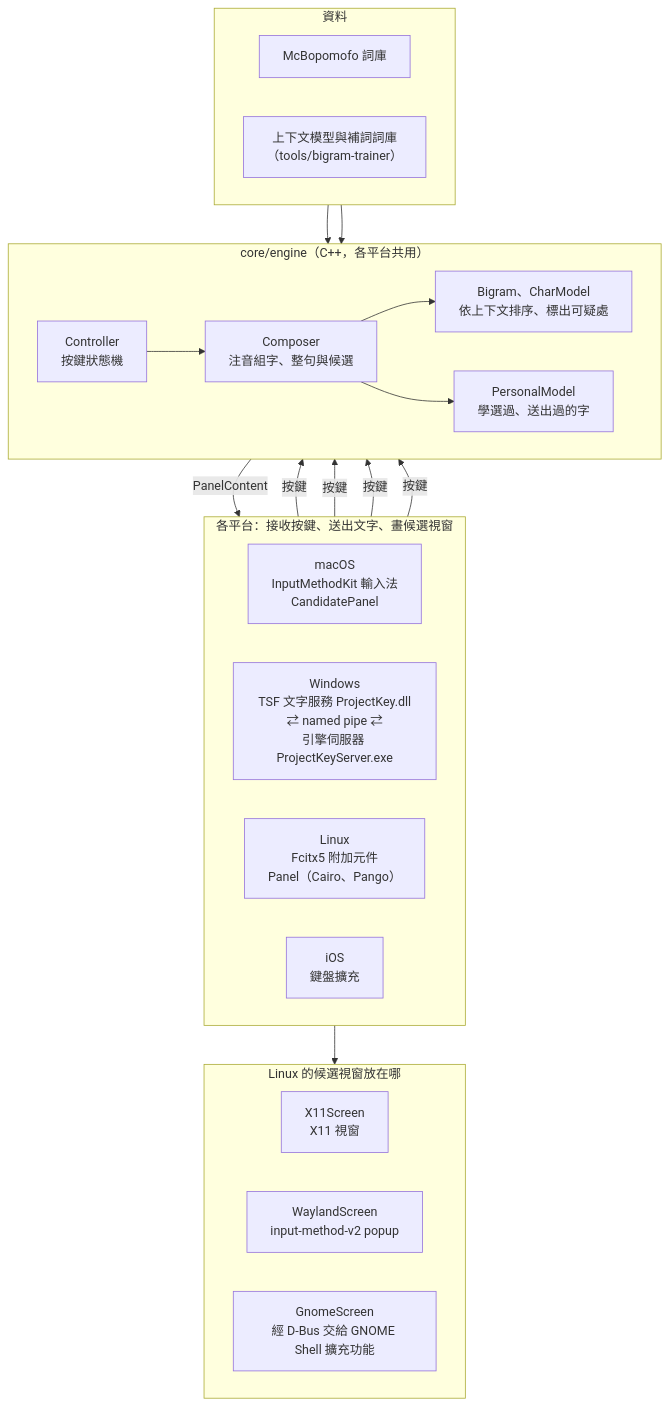
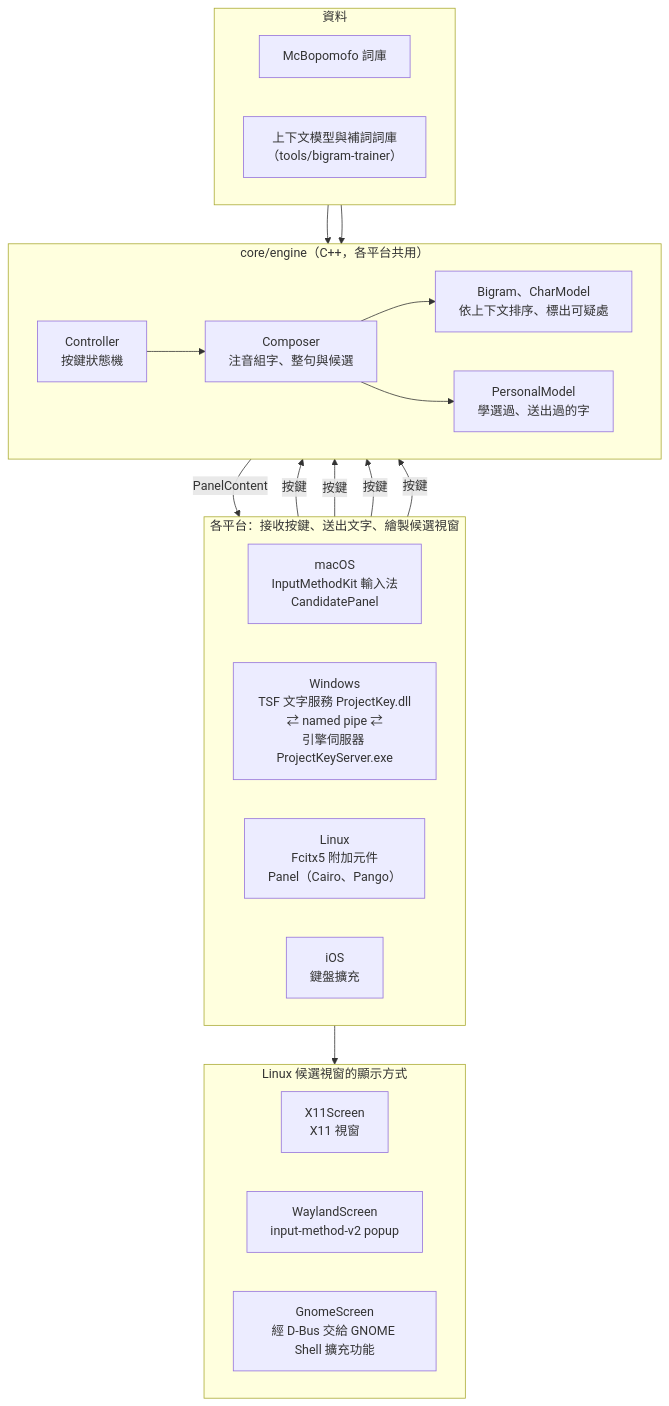
The diagram in README.md (KoukeNeko/Project-Key), drawn with Mermaid before and after one commit. The commit also changed other lines of this file, not shown here.

Commit message:
docs: word the architecture diagram

````diff
--- a/README.md
+++ b/README.md
@@ -72,36 +72,36 @@
 ```mermaid
 flowchart TB
-  subgraph platforms["各平台：接收按鍵、送出文字、畫候選視窗"]
+  subgraph platforms["各平台：接收按鍵、送出文字、繪製候選視窗"]
     direction LR
     mac["macOS<br>InputMethodKit 輸入法<br>CandidatePanel"]
     win["Windows<br>TSF 文字服務 ProjectKey.dll<br>⇄ named pipe ⇄<br>引擎伺服器 ProjectKeyServer.exe"]
     linux["Linux<br>Fcitx5 附加元件<br>Panel（Cairo、Pango）"]
     ios["iOS<br>鍵盤擴充"]
   end
 
   subgraph core["core/engine（C++，各平台共用）"]
     direction LR
     controller["Controller<br>按鍵狀態機"] --> composer["Composer<br>注音組字、整句與候選"]
     composer --> ranking["Bigram、CharModel<br>依上下文排序、標出可疑處"]
     composer --> personal["PersonalModel<br>學選過、送出過的字"]
   end
 
   subgraph data["資料"]
     direction LR
     mcb["McBopomofo 詞庫"]
     models["上下文模型與補詞詞庫<br>（tools/bigram-trainer）"]
   end
 
   mac & win & linux & ios -- "按鍵" --> controller
   controller -- "PanelContent" --> platforms
   mcb --> composer
   models --> ranking
 
-  subgraph screens["Linux 的候選視窗放在哪"]
+  subgraph screens["Linux 候選視窗的顯示方式"]
     direction LR
     x11["X11Screen<br>X11 視窗"]
     wayland["WaylandScreen<br>input-method-v2 popup"]
     gnome["GnomeScreen<br>經 D-Bus 交給 GNOME Shell 擴充功能"]
   end
   linux --> screens
 ```
````
